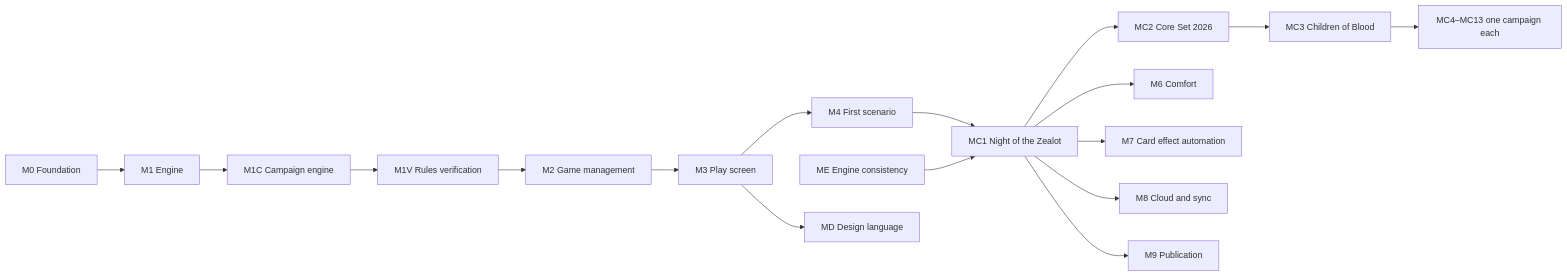
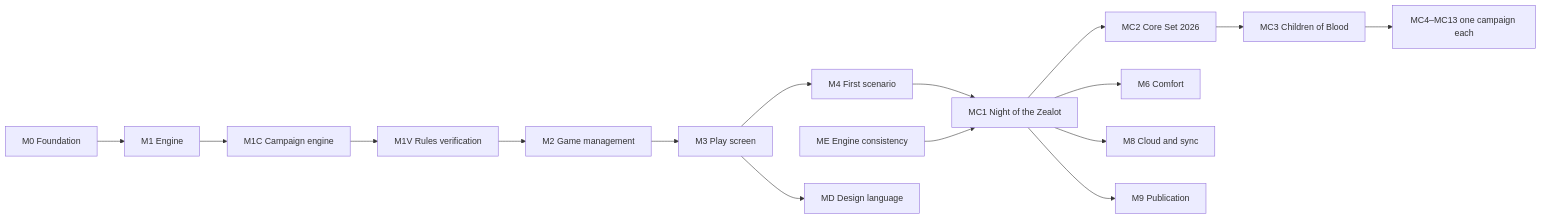
Before and after one commit to macandy13/arkham-companion: the diagram in docs/product.md, drawn with Mermaid. The commit also changed other lines of this file and 2 other files, not shown here.

First line of the commit message:
docs: fold M7 card effect automation into M1V

````diff
--- a/docs/product.md
+++ b/docs/product.md
@@ -65,11 +65,10 @@
 ```mermaid
 flowchart LR
   M0[M0 Foundation] --> M1[M1 Engine] --> M1C[M1C Campaign engine] --> M1V[M1V Rules verification] --> M2[M2 Game management] --> M3[M3 Play screen] --> M4[M4 First scenario] --> MC1[MC1 Night of the Zealot]
   ME[ME Engine consistency] --> MC1
   MC1 --> MC2[MC2 Core Set 2026] --> MC3[MC3 Children of Blood] --> MCn[MC4–MC13 one campaign each]
   MC1 --> M6[M6 Comfort]
-  MC1 --> M7[M7 Card effect automation]
   MC1 --> M8[M8 Cloud and sync]
   MC1 --> M9[M9 Publication]
   M3 --> MD[MD Design language]
 ```
````
